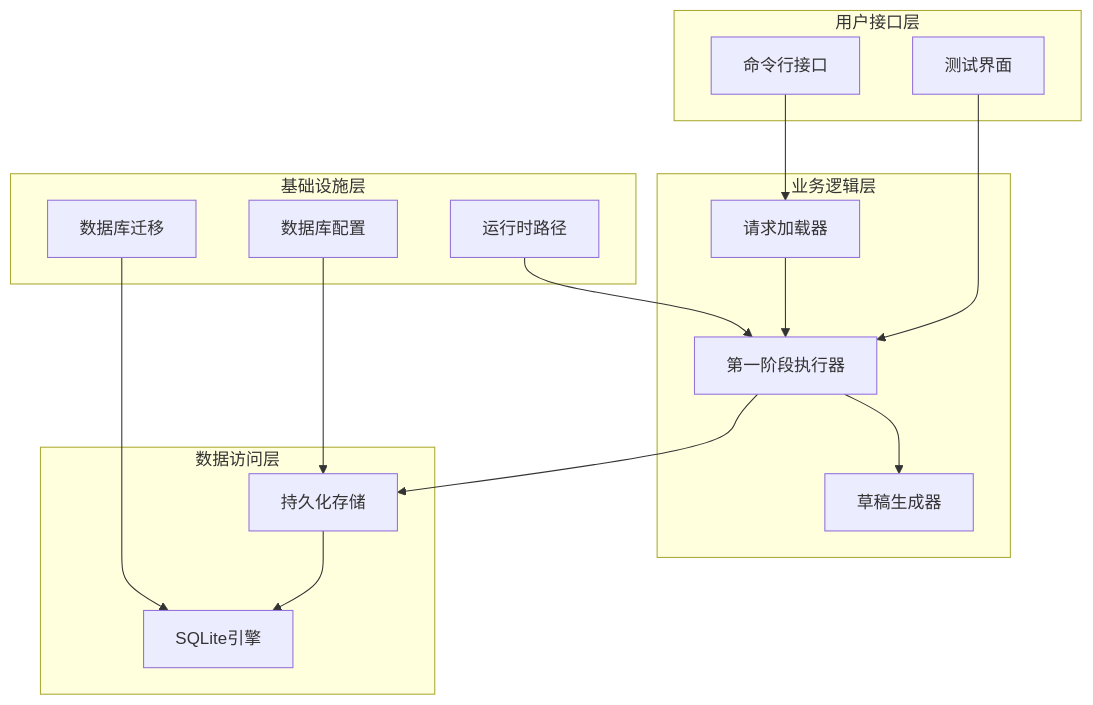
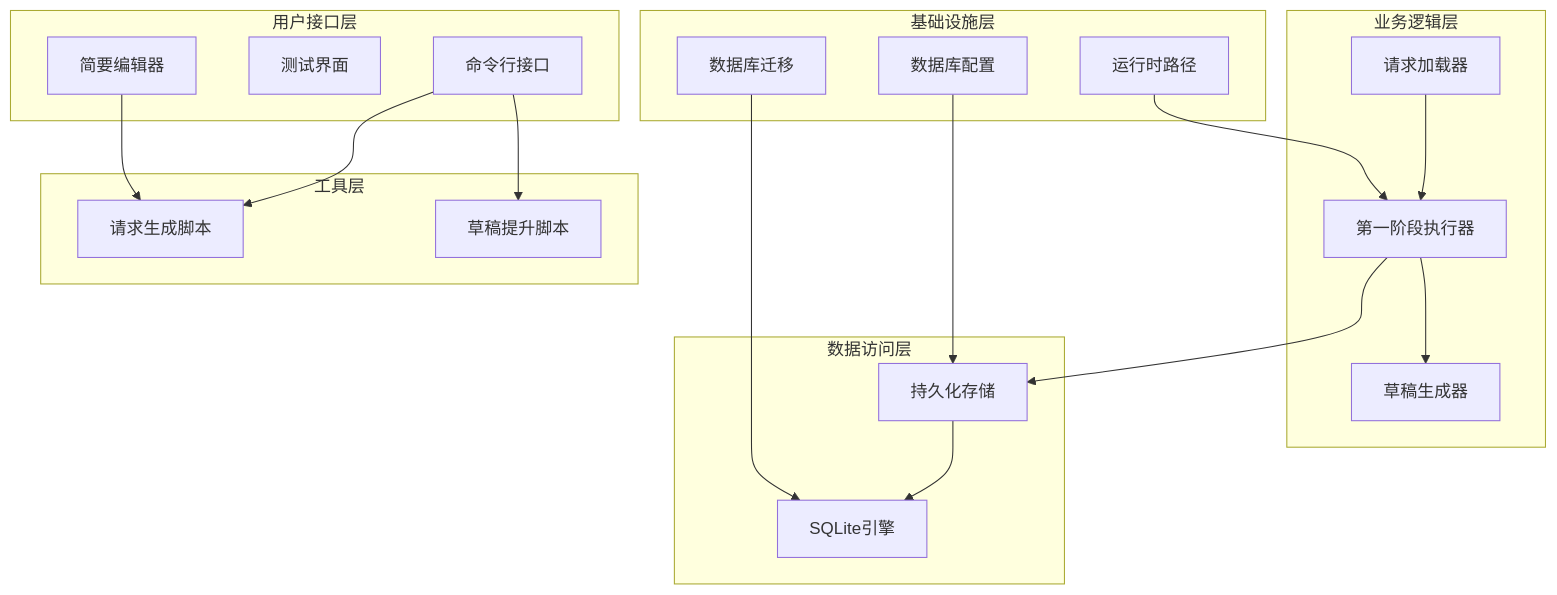
Before and after one commit to Jiane-EJ/playwright-mind: the fifth of 11 diagrams in .qoder/repowiki/zh/content/核心概念/第一阶段探索建模系统.md, drawn with Mermaid. The commit also changed other lines of this file and 7 other files, not shown here.

````diff
--- a/.qoder/repowiki/zh/content/核心概念/第一阶段探索建模系统.md
+++ b/.qoder/repowiki/zh/content/核心概念/第一阶段探索建模系统.md
@@ -203,30 +218,36 @@
 ```mermaid
 graph TB
 subgraph "用户接口层"
 CLI[命令行接口]
 TestUI[测试界面]
+BriefEditor[简要编辑器]
 end
 subgraph "业务逻辑层"
 RequestLoader[请求加载器]
 Stage1Runner[第一阶段执行器]
 DraftGenerator[草稿生成器]
 end
 subgraph "数据访问层"
 PersistenceStore[持久化存储]
 SQLite[SQLite引擎]
 end
 subgraph "基础设施层"
 RuntimePath[运行时路径]
 DBConfig[数据库配置]
 Migrations[数据库迁移]
 end
-CLI --> RequestLoader
-TestUI --> Stage1Runner
+subgraph "工具层"
+GenerateRequest[请求生成脚本]
+PromoteDraft[草稿提升脚本]
+end
+CLI --> GenerateRequest
+CLI --> PromoteDraft
+BriefEditor --> GenerateRequest
 RequestLoader --> Stage1Runner
 Stage1Runner --> DraftGenerator
 Stage1Runner --> PersistenceStore
 PersistenceStore --> SQLite
 RuntimePath --> Stage1Runner
 DBConfig --> PersistenceStore
 Migrations --> SQLite
 ```
````
